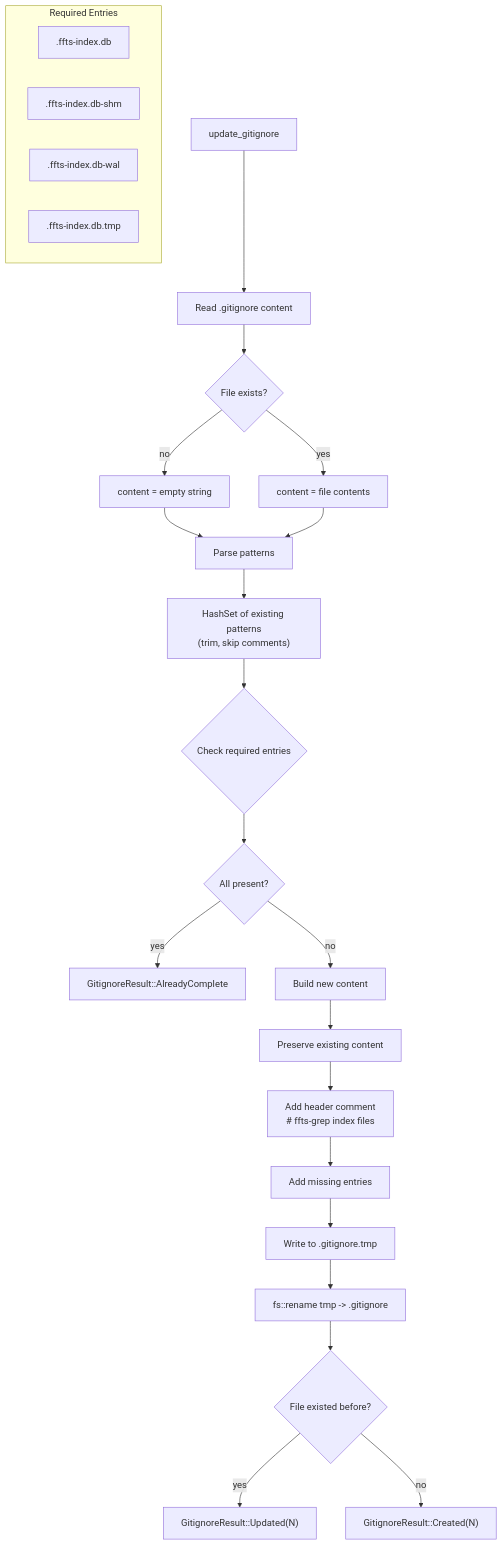
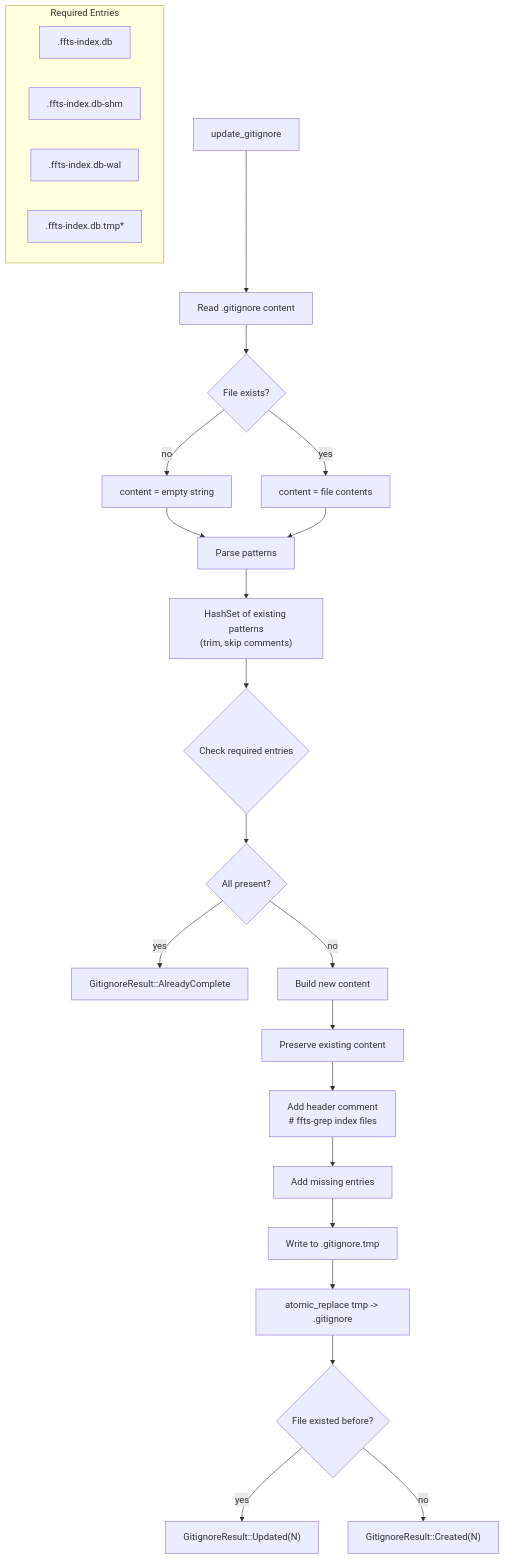
One commit to mneves75/ffts-grep changed the second of 5 diagrams in docs/state-machines/06-init-flow.md. Above: the diagram before and after it, drawn with Mermaid. The commit also changed 23 other files, not shown here.

````diff
--- a/docs/state-machines/06-init-flow.md
+++ b/docs/state-machines/06-init-flow.md
@@ -57,36 +57,36 @@
 ```mermaid
 flowchart TD
     A[update_gitignore] --> B[Read .gitignore content]
     B --> C{File exists?}
 
     C -->|no| D[content = empty string]
     C -->|yes| E[content = file contents]
 
     D --> F[Parse patterns]
     E --> F
 
     F --> G["HashSet of existing patterns<br/>(trim, skip comments)"]
 
     G --> H{Check required entries}
 
     subgraph "Required Entries"
         I[.ffts-index.db]
         J[.ffts-index.db-shm]
         K[.ffts-index.db-wal]
-        L[.ffts-index.db.tmp]
+        L[.ffts-index.db.tmp*]
     end
 
     H --> M{All present?}
     M -->|yes| N[GitignoreResult::AlreadyComplete]
 
     M -->|no| O[Build new content]
     O --> P[Preserve existing content]
     P --> Q["Add header comment<br/># ffts-grep index files"]
     Q --> R[Add missing entries]
     R --> S[Write to .gitignore.tmp]
-    S --> T[fs::rename tmp -> .gitignore]
+    S --> T[atomic_replace tmp -> .gitignore]
 
     T --> U{File existed before?}
     U -->|yes| V["GitignoreResult::Updated(N)"]
     U -->|no| W["GitignoreResult::Created(N)"]
 ```
````
